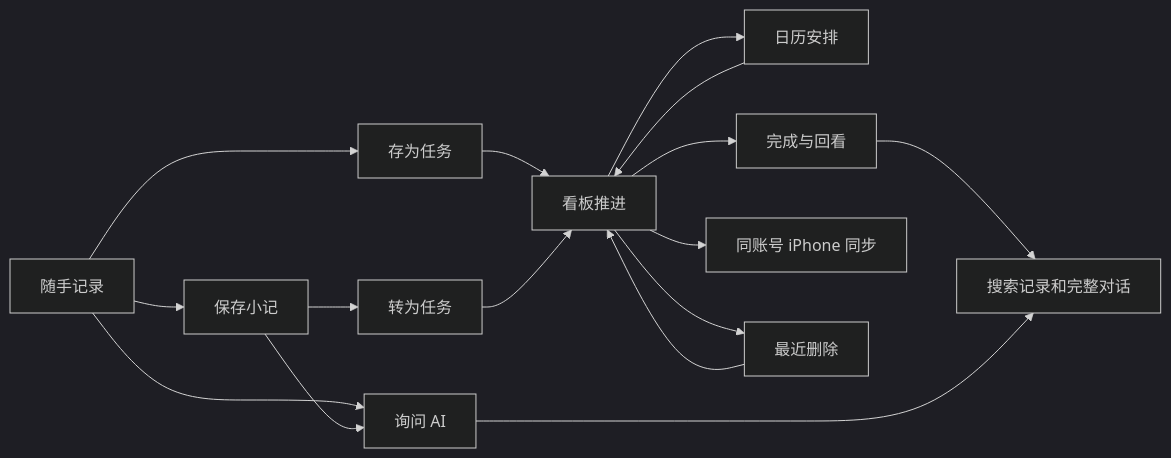
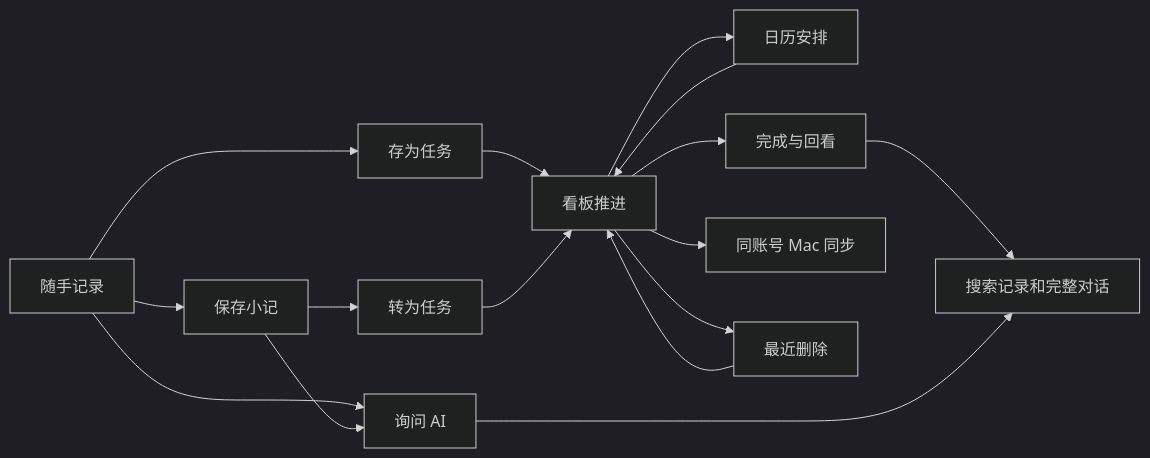
One commit to defulat-coder/noto changed the diagram in design/E2E-UX.md. Above: the diagram before and after it, drawn with Mermaid (dark theme). The commit also changed other lines of this file and 56 other files, not shown here.

````diff
--- a/design/E2E-UX.md
+++ b/design/E2E-UX.md
@@ -11,18 +11,18 @@
 ```mermaid
 flowchart LR
   A[随手记录] --> B[保存小记]
   A --> C[存为任务]
   A --> D[询问 AI]
   B --> E[转为任务]
   B --> D
   C --> F[看板推进]
   E --> F
   F --> G[日历安排]
   G --> F
   F --> H[完成与回看]
   H --> I[搜索记录和完整对话]
   D --> I
-  F --> J[同账号 iPhone 同步]
+  F --> J[同账号 Mac 同步]
   F --> K[最近删除]
   K --> F
 ```
````
